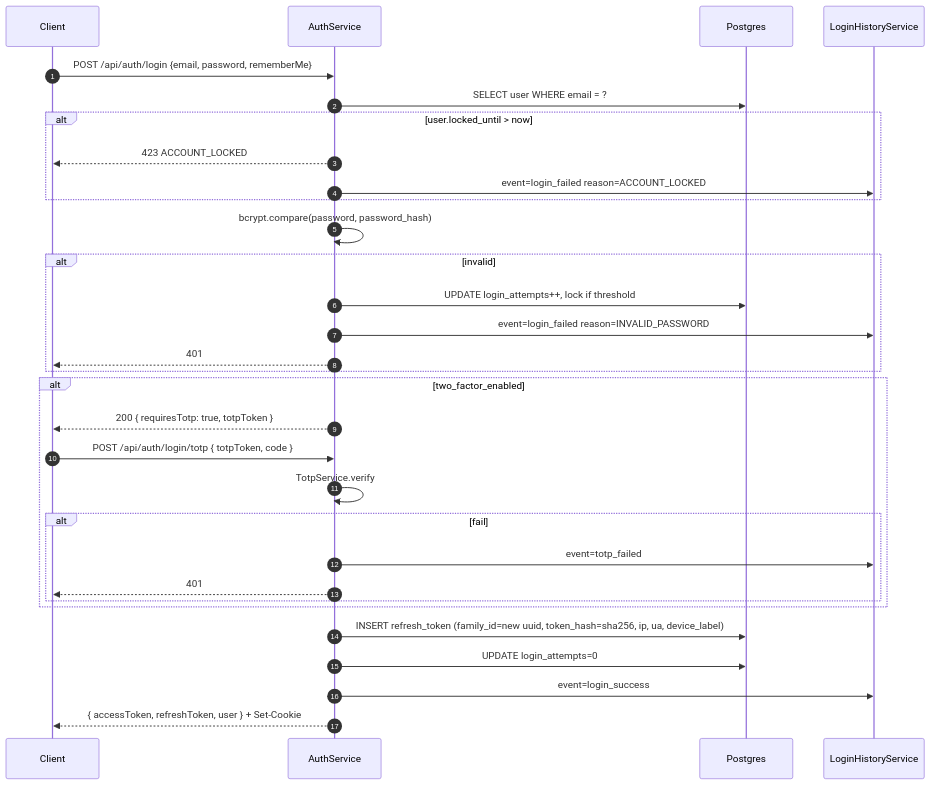
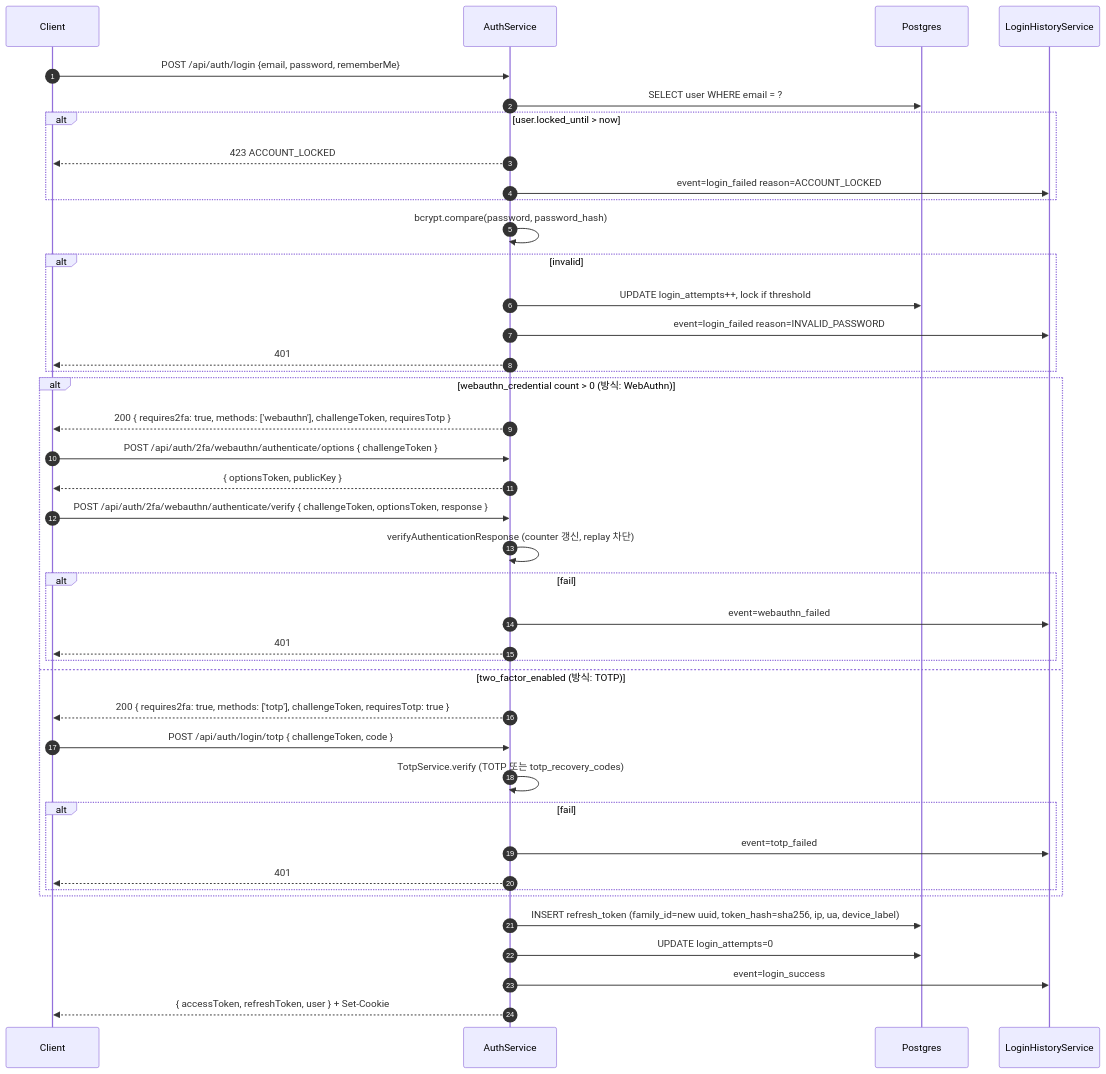
One commit to worker-ants/clemvion changed the second of 6 diagrams in spec/data-flow/2-auth.md. Above: the diagram before and after it, drawn with Mermaid. The commit also changed other lines of this file and 29 other files, not shown here.

First line of the commit message:
docs(spec): 2FA WebAuthn — TOTP/WebAuthn 두 방식·우선순위·복구 코드 분리·API 계약 통일

````diff
--- a/spec/data-flow/2-auth.md
+++ b/spec/data-flow/2-auth.md
@@ -54,34 +54,44 @@
 ```mermaid
 sequenceDiagram
   autonumber
   participant C as Client
   participant Svc as AuthService
   participant PG as Postgres
   participant Hist as LoginHistoryService
 
   C->>Svc: POST /api/auth/login {email, password, rememberMe}
   Svc->>PG: SELECT user WHERE email = ?
   alt user.locked_until > now
     Svc-->>C: 423 ACCOUNT_LOCKED
     Svc->>Hist: event=login_failed reason=ACCOUNT_LOCKED
   end
   Svc->>Svc: bcrypt.compare(password, password_hash)
   alt invalid
     Svc->>PG: UPDATE login_attempts++, lock if threshold
     Svc->>Hist: event=login_failed reason=INVALID_PASSWORD
     Svc-->>C: 401
   end
-  alt two_factor_enabled
-    Svc-->>C: 200 { requiresTotp: true, totpToken }
-    C->>Svc: POST /api/auth/login/totp { totpToken, code }
-    Svc->>Svc: TotpService.verify
+  alt webauthn_credential count > 0 (방식: WebAuthn)
+    Svc-->>C: 200 { requires2fa: true, methods: ['webauthn'], challengeToken, requiresTotp }
+    C->>Svc: POST /api/auth/2fa/webauthn/authenticate/options { challengeToken }
+    Svc-->>C: { optionsToken, publicKey }
+    C->>Svc: POST /api/auth/2fa/webauthn/authenticate/verify { challengeToken, optionsToken, response }
+    Svc->>Svc: verifyAuthenticationResponse (counter 갱신, replay 차단)
+    alt fail
+      Svc->>Hist: event=webauthn_failed
+      Svc-->>C: 401
+    end
+  else two_factor_enabled (방식: TOTP)
+    Svc-->>C: 200 { requires2fa: true, methods: ['totp'], challengeToken, requiresTotp: true }
+    C->>Svc: POST /api/auth/login/totp { challengeToken, code }
+    Svc->>Svc: TotpService.verify (TOTP 또는 totp_recovery_codes)
     alt fail
       Svc->>Hist: event=totp_failed
       Svc-->>C: 401
     end
   end
   Svc->>PG: INSERT refresh_token (family_id=new uuid, token_hash=sha256, ip, ua, device_label)
   Svc->>PG: UPDATE login_attempts=0
   Svc->>Hist: event=login_success
   Svc-->>C: { accessToken, refreshToken, user } + Set-Cookie
 ```
````
